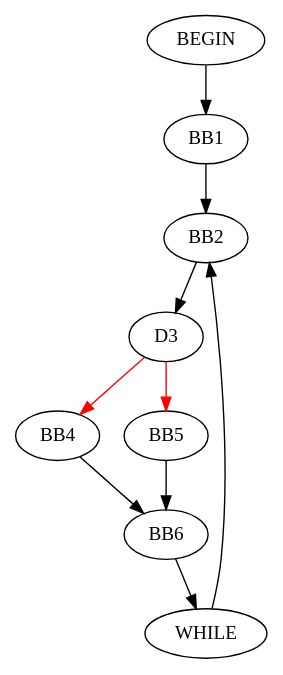
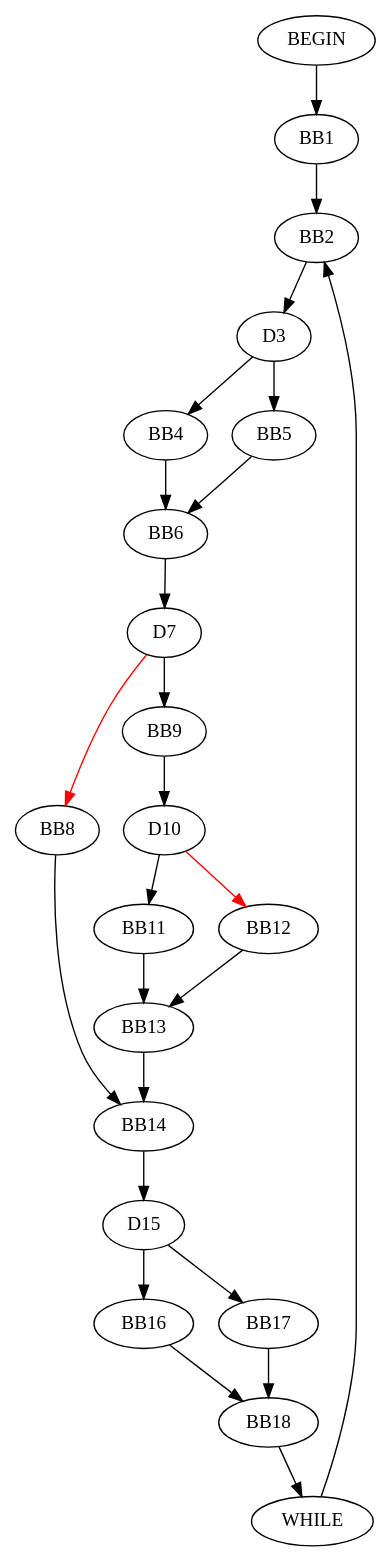
Before and after one commit to sujitkc/symtest: the diagram in resources/cfg.dot, drawn with Graphviz. The commit also changed 11 other files, not shown here.

```diff
--- a/resources/cfg.dot
+++ b/resources/cfg.dot
@@ -1,1 +1,1 @@
-digraph G {BEGIN->BB1;BB1->BB2;WHILE->BB2;BB2->D3;D3->BB4[color=red, pendwidth=3.0];D3->BB5[color=red, pendwidth=3.0];BB4->BB6;BB5->BB6;BB6->WHILE;}
+digraph G {BEGIN->BB1;BB1->BB2;WHILE->BB2;BB2->D3;D3->BB4;D3->BB5;BB4->BB6;BB5->BB6;BB6->D7;D7->BB8[color=red, pendwidth=3.0];D7->BB9;BB9->D10;D10->BB11;D10->BB12[color=red, pendwidth=3.0];BB11->BB13;BB12->BB13;BB8->BB14;BB13->BB14;BB14->D15;D15->BB16;D15->BB17;BB16->BB18;BB17->BB18;BB18->WHILE;}
```
